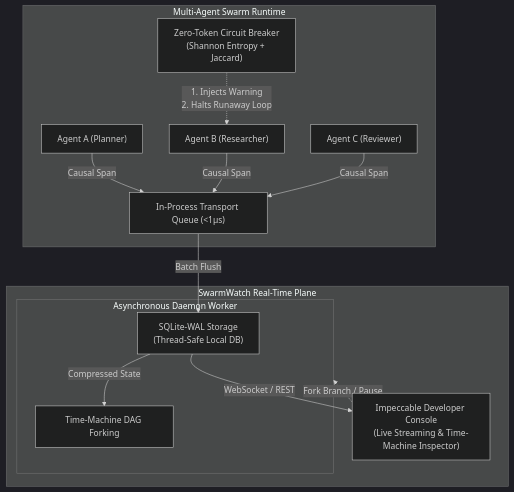
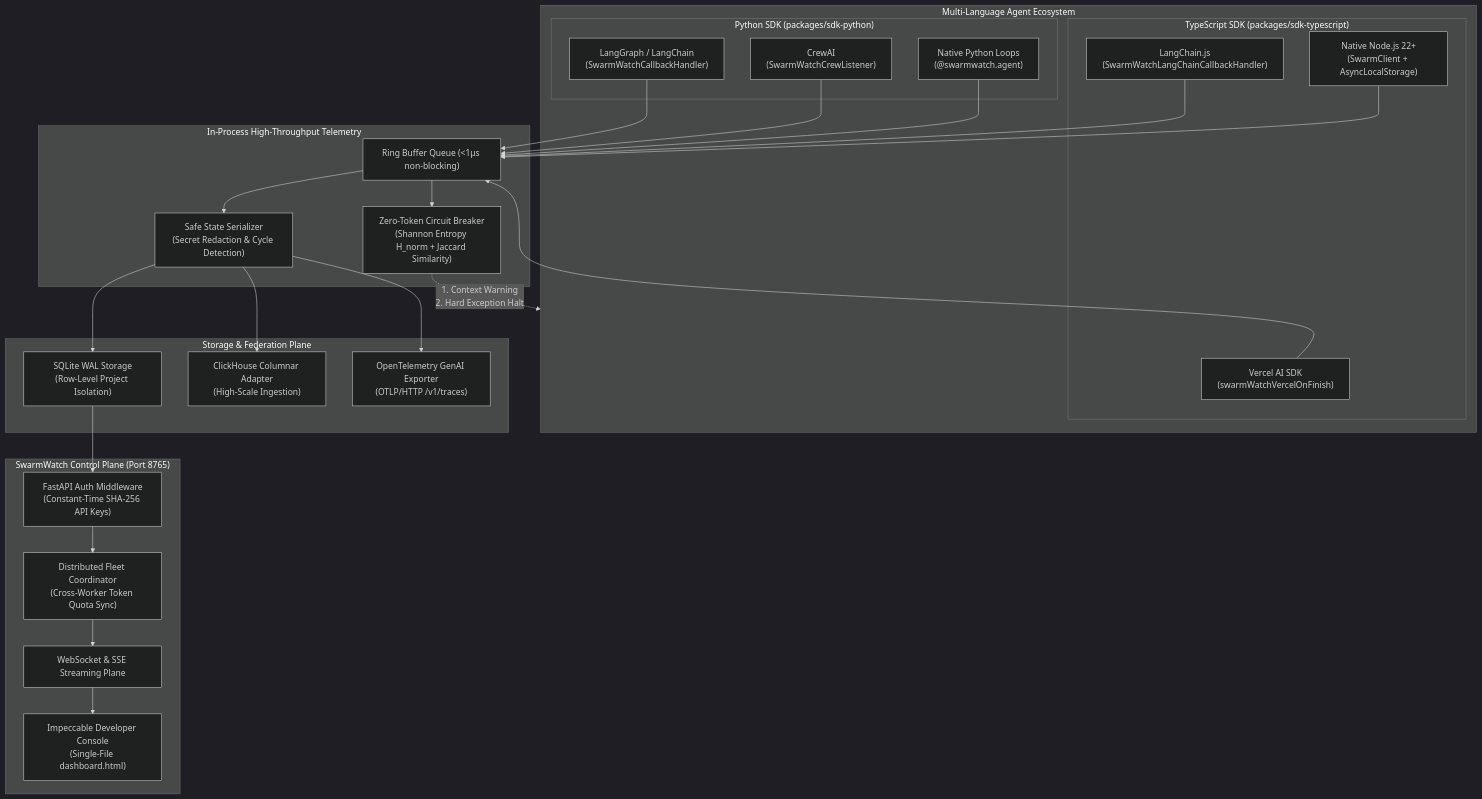
Before and after one commit to SkyCeoSa/SwarmWatch: the diagram in README.md, drawn with Mermaid (dark theme). The commit also changed other lines of this file and 3 other files, not shown here.

````diff
--- a/README.md
+++ b/README.md
@@ -29,19 +48,53 @@
 ```mermaid
 flowchart TB
-    subgraph SwarmRuntime["Multi-Agent Swarm Runtime"]
-        A1["Agent A (Planner)"] -->|"Causal Span"| T["In-Process Transport Queue (<1µs)"]
-        A2["Agent B (Researcher)"] -->|"Causal Span"| T
-        A3["Agent C (Reviewer)"] -->|"Causal Span"| T
-        CB["Zero-Token Circuit Breaker<br/>(Shannon Entropy + Jaccard)"] -.->|"1. Injects Warning<br/>2. Halts Runaway Loop"| A2
+    subgraph AgentRuntimes["Multi-Language Agent Ecosystem"]
+        subgraph PythonEcosystem["Python SDK (packages/sdk-python)"]
+            LG["LangGraph / LangChain\n(SwarmWatchCallbackHandler)"]
+            CR["CrewAI\n(SwarmWatchCrewListener)"]
+            PY["Native Python Loops\n(@swarmwatch.agent)"]
+        end
+        subgraph TSEcosystem["TypeScript SDK (packages/sdk-typescript)"]
+            VSDK["Vercel AI SDK\n(swarmWatchVercelOnFinish)"]
+            LCJS["LangChain.js\n(SwarmWatchLangChainCallbackHandler)"]
+            TS["Native Node.js 22+\n(SwarmClient + AsyncLocalStorage)"]
+        end
     end
 
-    subgraph BackgroundWorker["Asynchronous Daemon Worker"]
-        T -->|"Batch Flush"| SW["SQLite-WAL Storage<br/>(Thread-Safe Local DB)"]
-        SW -->|"Compressed State"| TM["Time-Machine DAG Forking"]
+    subgraph CoreEngine["In-Process High-Throughput Telemetry"]
+        RB["Ring Buffer Queue (<1µs non-blocking)"]
+        CB["Zero-Token Circuit Breaker\n(Shannon Entropy H_norm + Jaccard Similarity)"]
+        SEC["Safe State Serializer\n(Secret Redaction & Cycle Detection)"]
     end
 
-    subgraph ObservabilityUI["SwarmWatch Real-Time Plane"]
-        SW -->|"WebSocket / REST"| UI["Impeccable Developer Console<br/>(Live Streaming & Time-Machine Inspector)"]
-        UI -.->|"Fork Branch / Pause"| BackgroundWorker
+    subgraph Persistence["Storage & Federation Plane"]
+        SQL["SQLite WAL Storage\n(Row-Level Project Isolation)"]
+        CH["ClickHouse Columnar Adapter\n(High-Scale Ingestion)"]
+        OTEL["OpenTelemetry GenAI Exporter\n(OTLP/HTTP /v1/traces)"]
     end
+
+    subgraph ControlPlane["SwarmWatch Control Plane (Port 8765)"]
+        AUTH["FastAPI Auth Middleware\n(Constant-Time SHA-256 API Keys)"]
+        COORD["Distributed Fleet Coordinator\n(Cross-Worker Token Quota Sync)"]
+        WS["WebSocket & SSE Streaming Plane"]
+        UI["Impeccable Developer Console\n(Single-File dashboard.html)"]
+    end
+
+    LG --> RB
+    CR --> RB
+    PY --> RB
+    VSDK --> RB
+    LCJS --> RB
+    TS --> RB
+
+    RB --> CB
+    CB -.->|"1. Context Warning\n2. Hard Exception Halt"| AgentRuntimes
+    RB --> SEC
+    SEC --> SQL
+    SEC --> CH
+    SEC --> OTEL
+
+    SQL --> AUTH
+    AUTH --> COORD
+    COORD --> WS
+    WS --> UI
 ```
````
